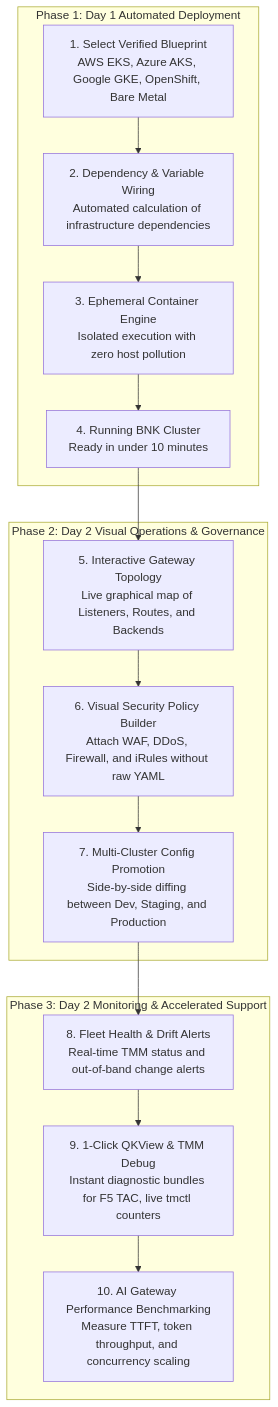
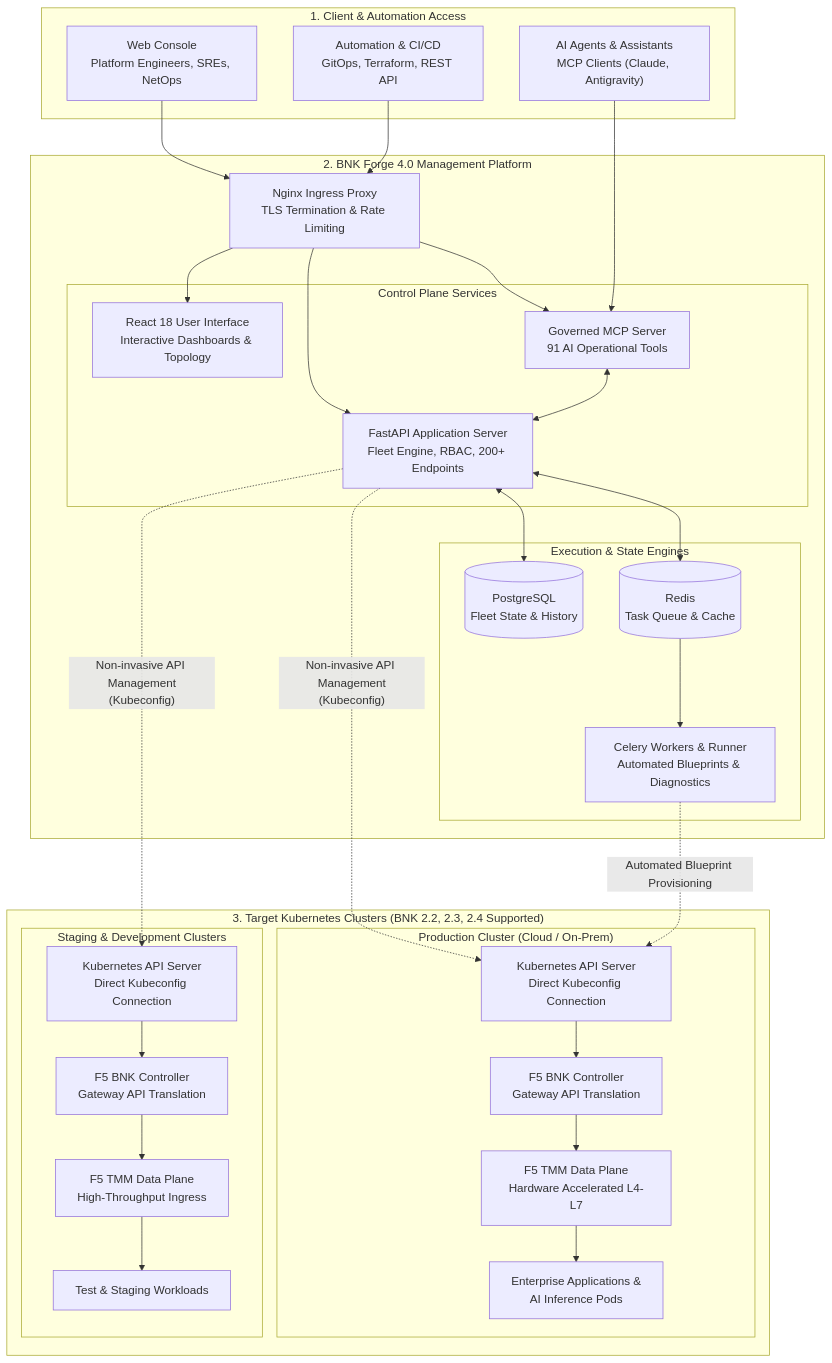
The first of 6 diagrams in docs/DEVCENTRAL_OVERVIEW.md (f5devcentral/bnk-forge), drawn with Mermaid before and after one commit. The commit also changed other lines of this file and 1 other file, not shown here.

Commit message:
docs: remove sales terminology in favor of technical architecture and operational facts

````diff
--- a/docs/DEVCENTRAL_OVERVIEW.md
+++ b/docs/DEVCENTRAL_OVERVIEW.md
@@ -20,27 +21,60 @@
 ```mermaid
-flowchart TD
-    subgraph Phase1["Phase 1: Day 1 Automated Deployment"]
-        P1A["1. Select Verified Blueprint\nAWS EKS, Azure AKS, Google GKE, OpenShift, Bare Metal"]
-        P1B["2. Dependency & Variable Wiring\nAutomated calculation of infrastructure dependencies"]
-        P1C["3. Ephemeral Container Engine\nIsolated execution with zero host pollution"]
-        P1D["4. Running BNK Cluster\nReady in under 10 minutes"]
-        P1A --> P1B --> P1C --> P1D
+flowchart TB
+    subgraph LayerAccess["1. Client & Automation Access"]
+        UI["Web Console\nPlatform Engineers, SREs, NetOps"]
+        CLI["Automation & CI/CD\nGitOps, Terraform, REST API"]
+        AI["AI Agents & Assistants\nMCP Clients (Claude, Antigravity)"]
     end
 
-    subgraph Phase2["Phase 2: Day 2 Visual Operations & Governance"]
-        P2A["5. Interactive Gateway Topology\nLive graphical map of Listeners, Routes, and Backends"]
-        P2B["6. Visual Security Policy Builder\nAttach WAF, DDoS, Firewall, and iRules without raw YAML"]
-        P2C["7. Multi-Cluster Config Promotion\nSide-by-side diffing between Dev, Staging, and Production"]
-        P2A --> P2B --> P2C
+    subgraph LayerForge["2. BNK Forge 4.0 Management Platform"]
+        Proxy["Nginx Ingress Proxy\nTLS Termination & Rate Limiting"]
+        
+        subgraph CoreServices["Control Plane Services"]
+            WebUI["React 18 User Interface\nInteractive Dashboards & Topology"]
+            APIServer["FastAPI Application Server\nFleet Engine, RBAC, 200+ Endpoints"]
+            MCPServer["Governed MCP Server\n91 AI Operational Tools"]
+        end
+
+        subgraph BackgroundServices["Execution & State Engines"]
+            DB[("PostgreSQL\nFleet State & History")]
+            Redis[("Redis\nTask Queue & Cache")]
+            Workers["Celery Workers & Runner\nAutomated Blueprints & Diagnostics"]
+        end
+
+        Proxy --> WebUI
+        Proxy --> APIServer
+        Proxy --> MCPServer
+        APIServer <--> DB
+        APIServer <--> Redis
+        Redis --> Workers
+        MCPServer <--> APIServer
     end
 
-    subgraph Phase3["Phase 3: Day 2 Monitoring & Accelerated Support"]
-        P3A["8. Fleet Health & Drift Alerts\nReal-time TMM status and out-of-band change alerts"]
-        P3B["9. 1-Click QKView & TMM Debug\nInstant diagnostic bundles for F5 TAC, live tmctl counters"]
-        P3C["10. AI Gateway Performance Benchmarking\nMeasure TTFT, token throughput, and concurrency scaling"]
-        P3A --> P3B --> P3C
+    subgraph LayerFleet["3. Target Kubernetes Clusters (BNK 2.2, 2.3, 2.4 Supported)"]
+        subgraph ProdCluster["Production Cluster (Cloud / On-Prem)"]
+            K8sProd["Kubernetes API Server\nDirect Kubeconfig Connection"]
+            BNKCtrlProd["F5 BNK Controller\nGateway API Translation"]
+            TMMProd["F5 TMM Data Plane\nHardware Accelerated L4-L7"]
+            WorkloadsProd["Enterprise Applications &\nAI Inference Pods"]
+            
+            K8sProd --> BNKCtrlProd --> TMMProd --> WorkloadsProd
+        end
+
+        subgraph StagingCluster["Staging & Development Clusters"]
+            K8sStaging["Kubernetes API Server\nDirect Kubeconfig Connection"]
+            BNKCtrlStaging["F5 BNK Controller\nGateway API Translation"]
+            TMMStaging["F5 TMM Data Plane\nHigh-Throughput Ingress"]
+            WorkloadsStaging["Test & Staging Workloads"]
+            
+            K8sStaging --> BNKCtrlStaging --> TMMStaging --> WorkloadsStaging
+        end
     end
 
-    P1D --> P2A
-    P2C --> P3A
+    UI --> Proxy
+    CLI --> Proxy
+    AI --> MCPServer
+
+    APIServer -. "Non-invasive API Management\n(Kubeconfig)" .-> K8sProd
+    APIServer -. "Non-invasive API Management\n(Kubeconfig)" .-> K8sStaging
+    Workers -. "Automated Blueprint Provisioning" .-> K8sProd
 ```
````
